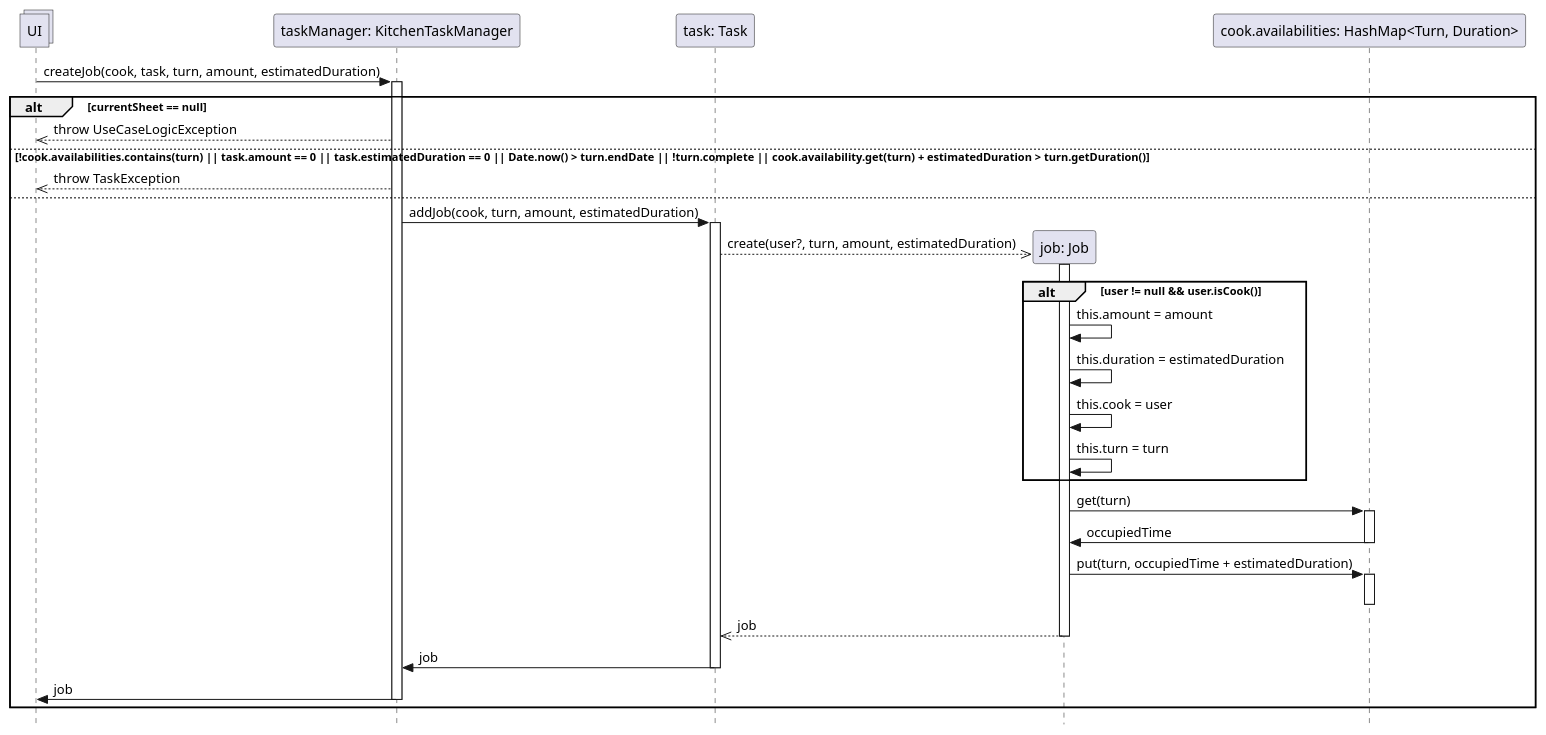
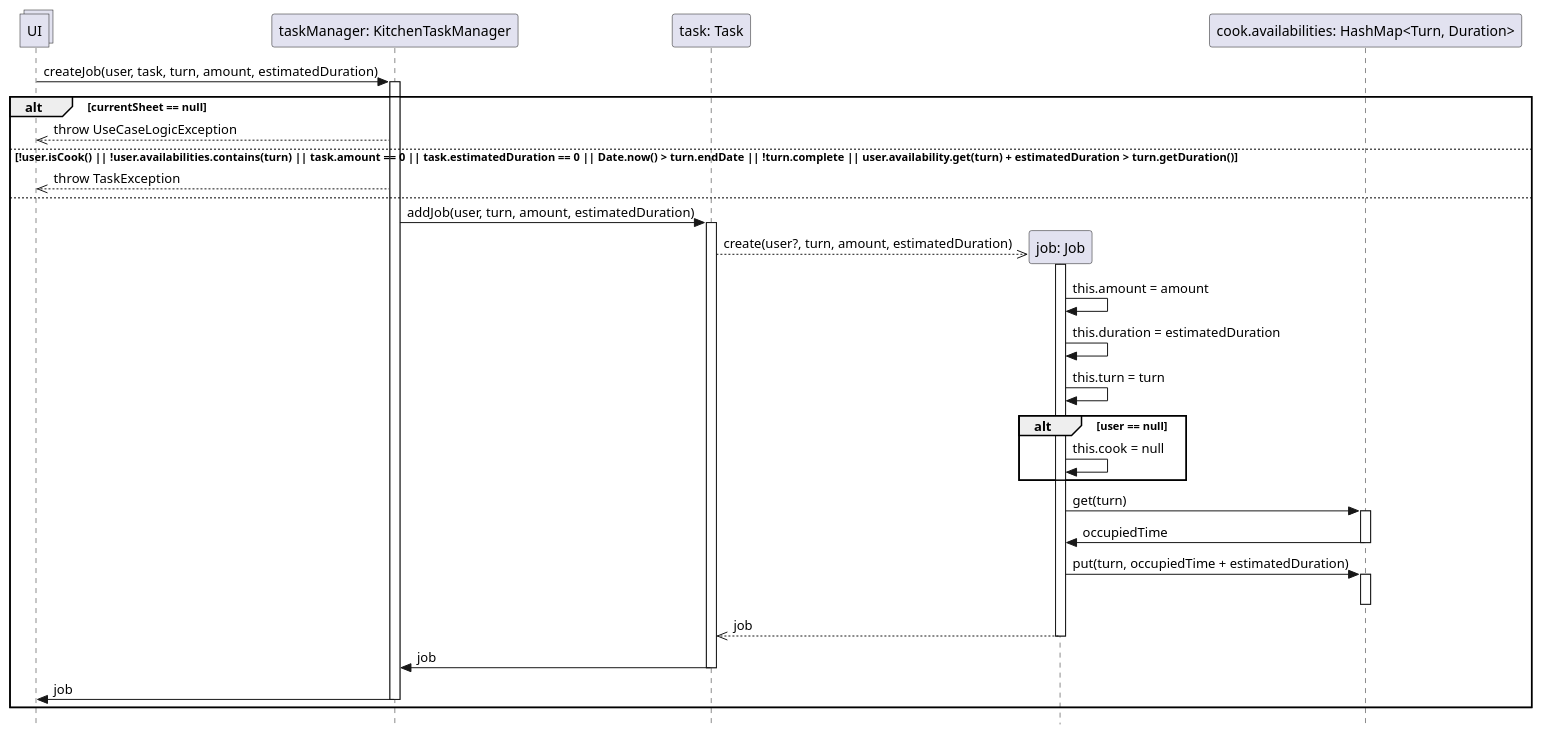
Before and after one commit to stefa168/sas-project: the diagram in DSD Operazione 6.puml, drawn with PlantUML.

Commit message:
modifica DSD6

```diff
--- a/DSD Operazione 6.puml
+++ b/DSD Operazione 6.puml
@@ -1,52 +1,52 @@
 @startuml Operazione 6
 skinparam Style strictuml
 
 collections UI
 
 participant "taskManager: KitchenTaskManager" as tm
-UI -> tm: createJob(cook, task, turn, amount, estimatedDuration)
+UI -> tm: createJob(user, task, turn, amount, estimatedDuration)
 activate tm
 
 participant "task: Task" as task
 
 alt currentSheet == null
     UI <<-- tm: throw UseCaseLogicException
-else !cook.availabilities.contains(turn) || task.amount == 0 || task.estimatedDuration == 0 || Date.now() > turn.endDate || !turn.complete || cook.availability.get(turn) + estimatedDuration > turn.getDuration()
+else !user.isCook() || !user.availabilities.contains(turn) || task.amount == 0 || task.estimatedDuration == 0 || Date.now() > turn.endDate || !turn.complete || user.availability.get(turn) + estimatedDuration > turn.getDuration()
     UI <<-- tm: throw TaskException
 else
 
-    tm -> task: addJob(cook, turn, amount, estimatedDuration)
+    tm -> task: addJob(user, turn, amount, estimatedDuration)
     activate task
 
     participant "job: Job" as job
     task -->> job**: create(user?, turn, amount, estimatedDuration)
 
     activate job
-        alt  user != null && user.isCook()
-            job -> job: this.amount = amount
-            job -> job: this.duration = estimatedDuration
-            job -> job: this.cook = user
-            job -> job: this.turn = turn
+        job -> job: this.amount = amount
+        job -> job: this.duration = estimatedDuration
+        job -> job: this.turn = turn
+        alt  user == null
+           job -> job: this.cook = null
         end
 
     participant "cook.availabilities: HashMap<Turn, Duration>" as ca
     job -> ca: get(turn)
     activate ca
     job <- ca: occupiedTime
     deactivate ca
 
     job -> ca: put(turn, occupiedTime + estimatedDuration)
     activate ca
     deactivate ca
 
     return job
 
     tm <- task: job
     deactivate task
 
     UI <- tm: job
     deactivate tm
     
 end
 
 @enduml
```
